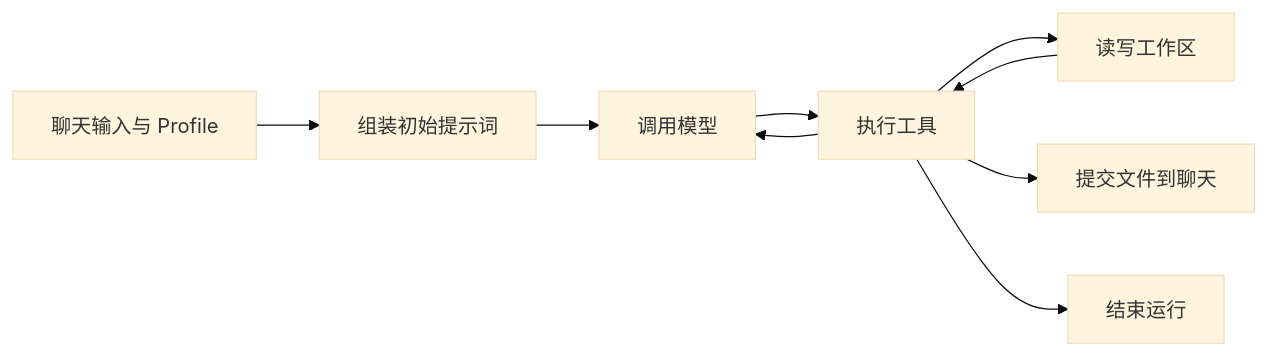
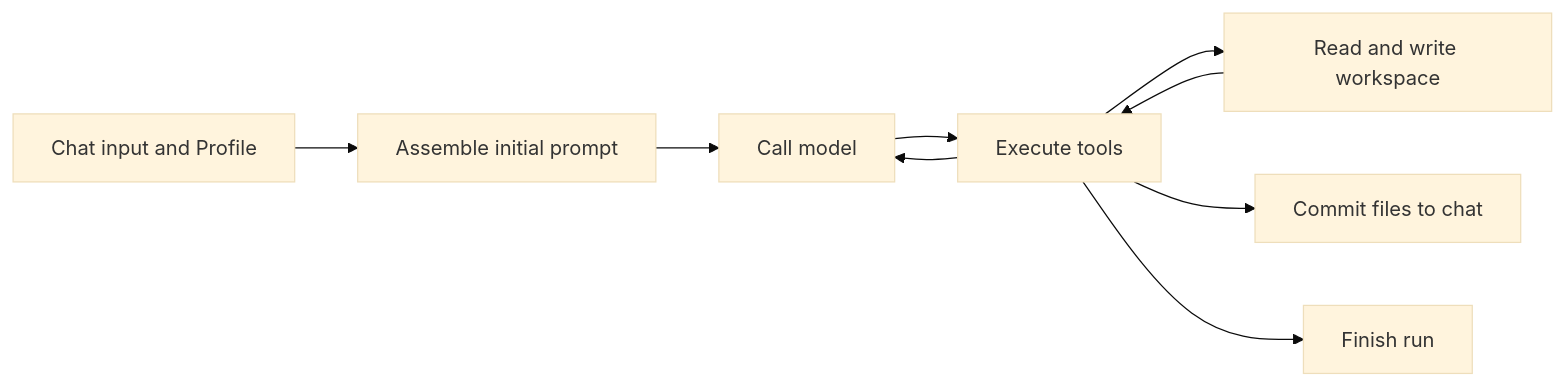
One commit to Revivalist-Dev/TauriTavern changed the diagram in docs/Agent/README.md. Above: the diagram before and after it, drawn with Mermaid (base theme). The commit also changed other lines of this file and 323 other files, not shown here.

````diff
--- a/docs/Agent/README.md
+++ b/docs/Agent/README.md
@@ -19,11 +19,11 @@
 ```mermaid
 flowchart LR
-    input[聊天输入与 Profile] --> prompt[组装初始提示词]
-    prompt --> model[调用模型]
-    model --> tools[执行工具]
+    input[Chat input and Profile] --> prompt[Assemble initial prompt]
+    prompt --> model[Call model]
+    model --> tools[Execute tools]
     tools --> model
-    tools --> files[读写工作区]
+    tools --> files[Read and write workspace]
     files --> tools
-    tools --> commit[提交文件到聊天]
-    tools --> finish[结束运行]
+    tools --> commit[Commit files to chat]
+    tools --> finish[Finish run]
 ```
````
